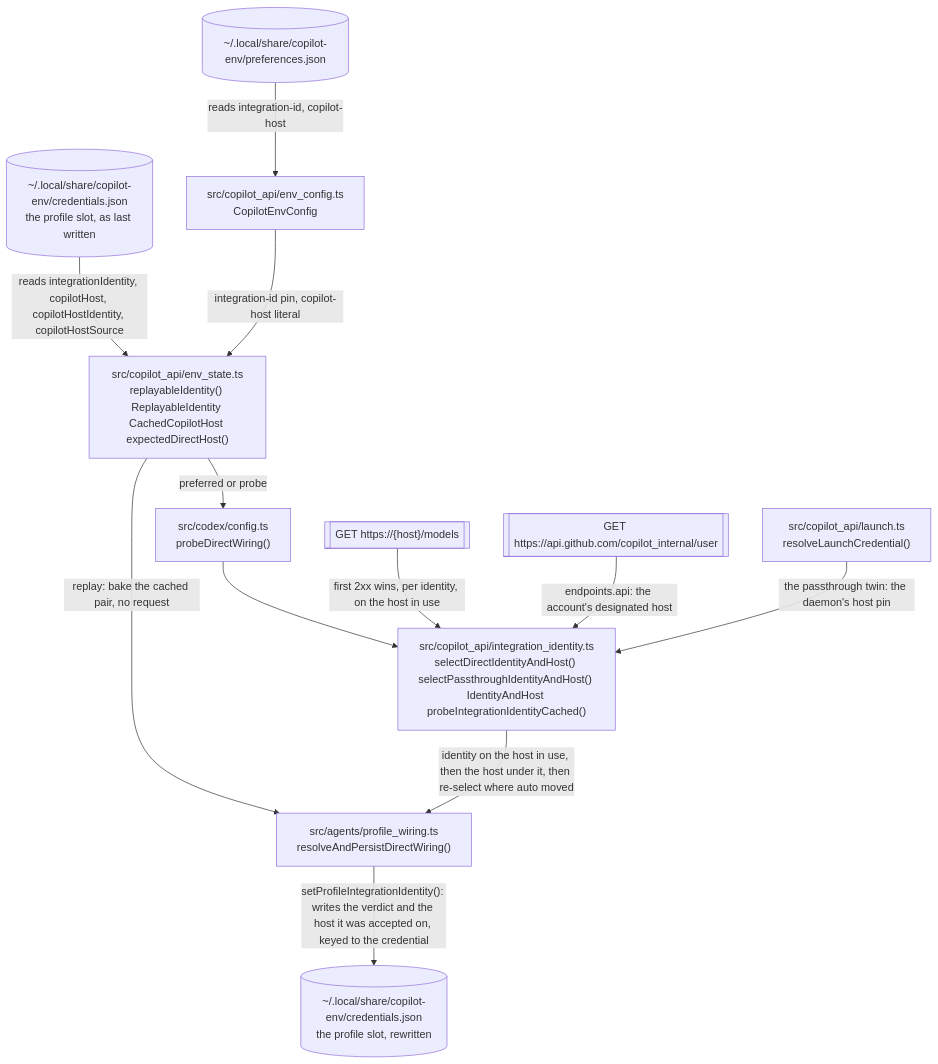
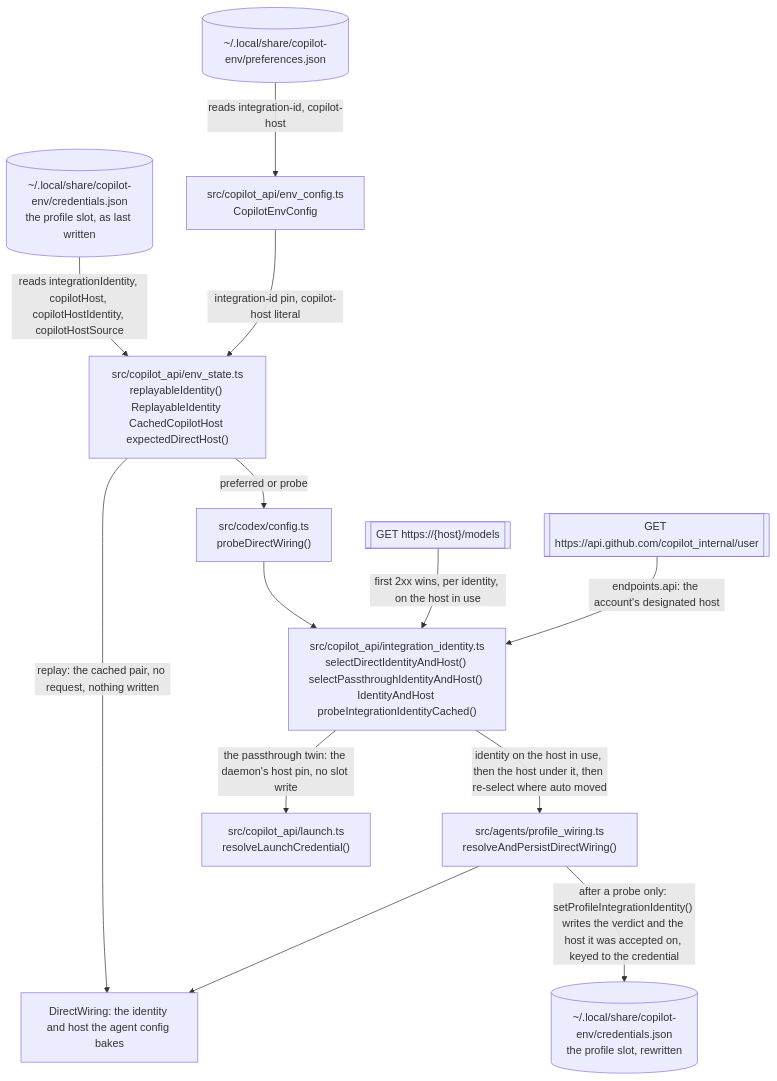
One commit to Vivswan/copilot-env changed the second of 8 diagrams in docs/architecture.md. Above: the diagram before and after it, drawn with Mermaid. The commit also changed other lines of this file and 3 other files, not shown here.

Commit message:
docs: end the config and update diagrams at the file written, order the sidebar groups, split the long auth bullet

````diff
--- a/docs/architecture.md
+++ b/docs/architecture.md
@@ -63,25 +64,27 @@
 ```mermaid
 flowchart TD
   prefs[("~/.local/share/copilot-env/preferences.json")]
   slotin[("~/.local/share/copilot-env/credentials.json<br>the profile slot, as last written")]
   models[["GET https://{host}/models"]]
   user[["GET https://api.github.com/copilot_internal/user"]]
   config["src/copilot_api/env_config.ts<br>CopilotEnvConfig"]
   rule["src/copilot_api/env_state.ts<br>replayableIdentity() ReplayableIdentity CachedCopilotHost expectedDirectHost()"]
   persist["src/agents/profile_wiring.ts<br>resolveAndPersistDirectWiring()"]
   probe["src/codex/config.ts<br>probeDirectWiring()"]
   select["src/copilot_api/integration_identity.ts<br>selectDirectIdentityAndHost() selectPassthroughIdentityAndHost() IdentityAndHost probeIntegrationIdentityCached()"]
   launch["src/copilot_api/launch.ts<br>resolveLaunchCredential()"]
   slotout[("~/.local/share/copilot-env/credentials.json<br>the profile slot, rewritten")]
+  wiringout["DirectWiring: the identity and host the agent config bakes"]
   prefs -->|"reads integration-id, copilot-host"| config
   slotin -->|"reads integrationIdentity, copilotHost, copilotHostIdentity, copilotHostSource"| rule
   config -->|"integration-id pin, copilot-host literal"| rule
-  rule -->|"replay: bake the cached pair, no request"| persist
+  rule -->|"replay: the cached pair, no request, nothing written"| wiringout
   rule -->|"preferred or probe"| probe
   probe --> select
   models -->|"first 2xx wins, per identity, on the host in use"| select
   user -->|"endpoints.api: the account's designated host"| select
   select -->|"identity on the host in use, then the host under it, then re-select where auto moved"| persist
-  persist -->|"setProfileIntegrationIdentity(): writes the verdict and the host it was accepted on, keyed to the credential"| slotout
-  launch -->|"the passthrough twin: the daemon's host pin"| select
+  persist -->|"after a probe only: setProfileIntegrationIdentity() writes the verdict and the host it was accepted on, keyed to the credential"| slotout
+  persist --> wiringout
+  select -->|"the passthrough twin: the daemon's host pin, no slot write"| launch
 ```
````
